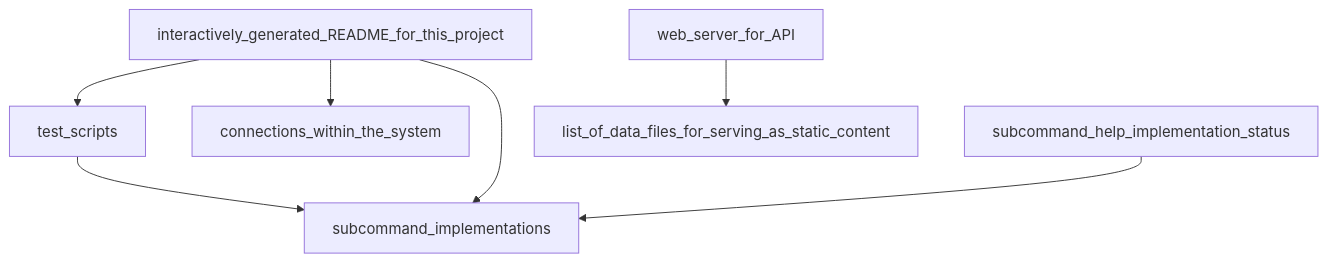
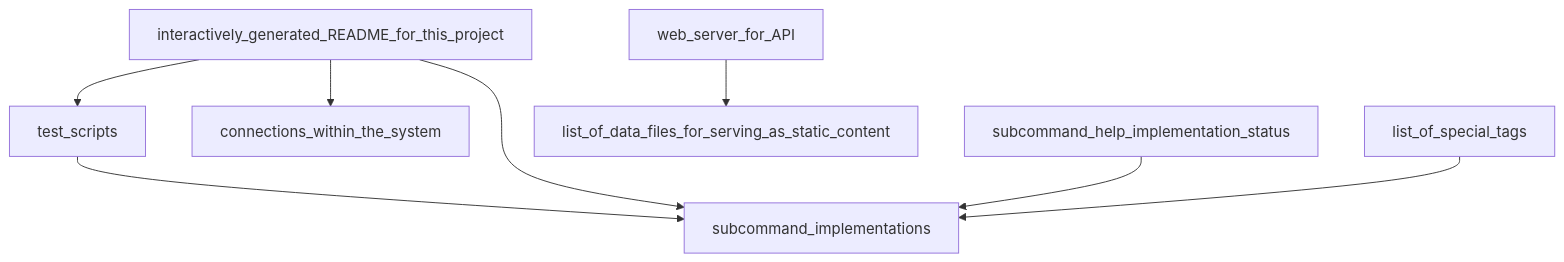
One commit to nicholas-long/ngramdb changed the diagram in database/20240710043728-86ad27b18da4fa187615/graph.mermaid. Above: the diagram before and after it, drawn with Mermaid. The commit also changed 12 other files, not shown here.

```diff
--- a/database/20240710043728-86ad27b18da4fa187615/graph.mermaid
+++ b/database/20240710043728-86ad27b18da4fa187615/graph.mermaid
@@ -1,7 +1,8 @@
 graph TD;
   test_scripts --> subcommand_implementations;
   interactively_generated_README_for_this_project --> subcommand_implementations;
   interactively_generated_README_for_this_project --> test_scripts;
   interactively_generated_README_for_this_project --> connections_within_the_system;
   subcommand_help_implementation_status --> subcommand_implementations;
   web_server_for_API --> list_of_data_files_for_serving_as_static_content;
+  list_of_special_tags --> subcommand_implementations;
```
